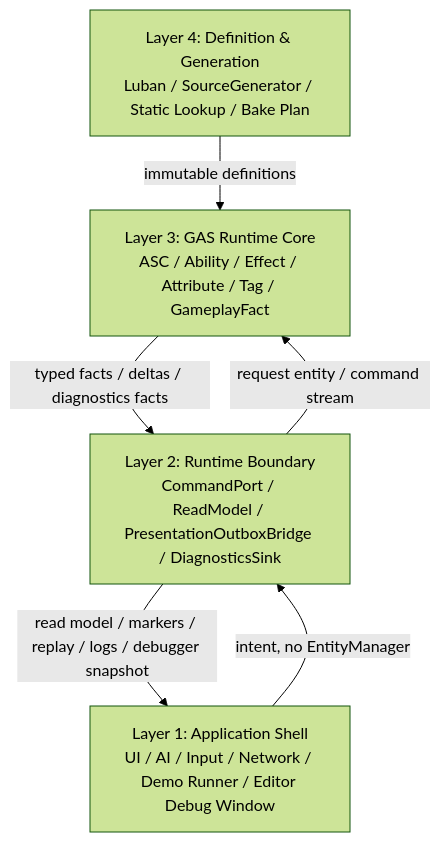
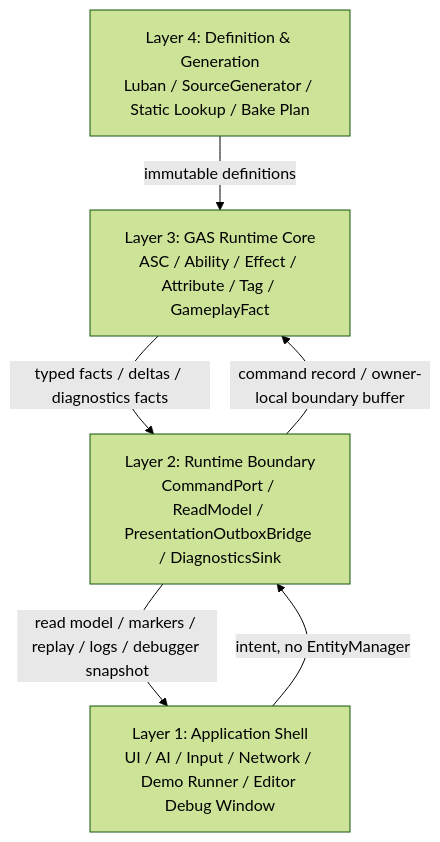
Before and after one commit to Bo-ki/gameplay-ability-system-for-unity: the diagram in 方案讨论/针对2.0的ECS架构的迭代方案讨论/01-目标态架构共识/02-四层架构Spec.md, drawn with Mermaid (forest theme). The commit also changed other lines of this file and 22 other files, not shown here.

````diff
--- a/方案讨论/针对2.0的ECS架构的迭代方案讨论/01-目标态架构共识/02-四层架构Spec.md
+++ b/方案讨论/针对2.0的ECS架构的迭代方案讨论/01-目标态架构共识/02-四层架构Spec.md
@@ -32,13 +32,13 @@
 ```mermaid
 flowchart TB
     Definition["Layer 4: Definition & Generation\nLuban / SourceGenerator / Static Lookup / Bake Plan"]
     Core["Layer 3: GAS Runtime Core\nASC / Ability / Effect / Attribute / Tag / GameplayFact"]
     Boundary["Layer 2: Runtime Boundary\nCommandPort / ReadModel / PresentationOutboxBridge / DiagnosticsSink"]
     Shell["Layer 1: Application Shell\nUI / AI / Input / Network / Demo Runner / Editor Debug Window"]
 
     Definition -->|"immutable definitions"| Core
     Shell -->|"intent, no EntityManager"| Boundary
-    Boundary -->|"request entity / command stream"| Core
+    Boundary -->|"command record / owner-local boundary buffer"| Core
     Core -->|"typed facts / deltas / diagnostics facts"| Boundary
     Boundary -->|"read model / markers / replay / logs / debugger snapshot"| Shell
 ```
````
